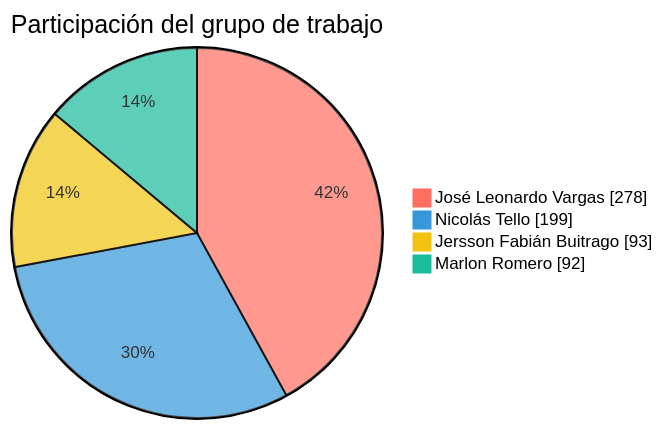
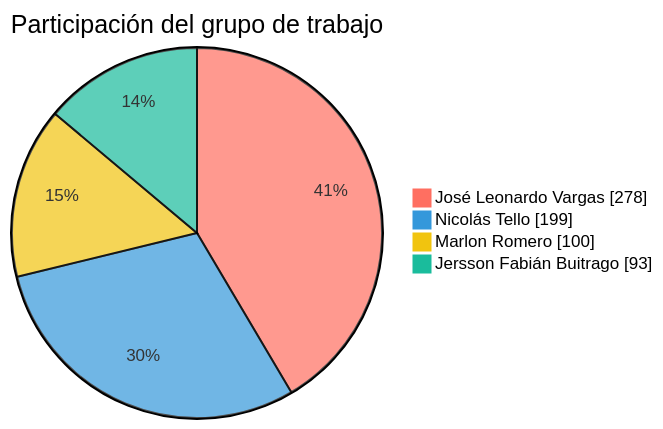
The first of 2 diagrams in README.md (FarmaExpres/FarmaExpres), drawn with Mermaid before and after one commit. The commit also changed other lines of this file and 1 other file, not shown here.

````diff
--- a/README.md
+++ b/README.md
@@ -391,9 +391,9 @@
 ```mermaid
 %%{init: {"themeVariables": {"pie1": "#ff6f61", "pie2": "#3498db", "pie3": "#f1c40f", "pie4": "#1abc9c", "pieLabelColor": "#000000", "pieLabelFontSize": "24px", "pieLabelFontWeight": "700"}}}%%
 pie showData
     title Participación del grupo de trabajo
     "José Leonardo Vargas" : 278
     "Nicolás Tello" : 199
+    "Marlon Romero" : 100
     "Jersson Fabián Buitrago" : 93
-    "Marlon Romero" : 92
 ```
````
